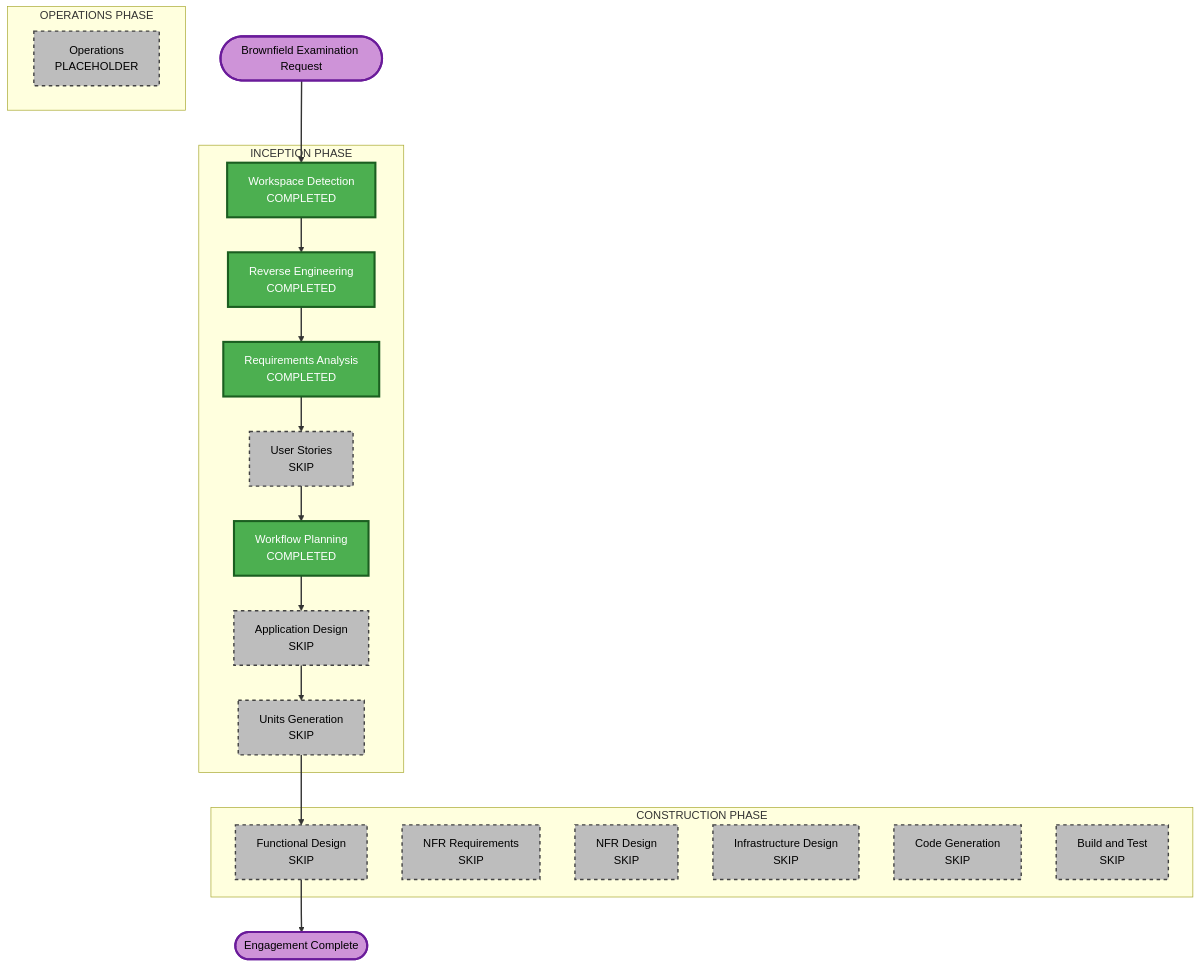
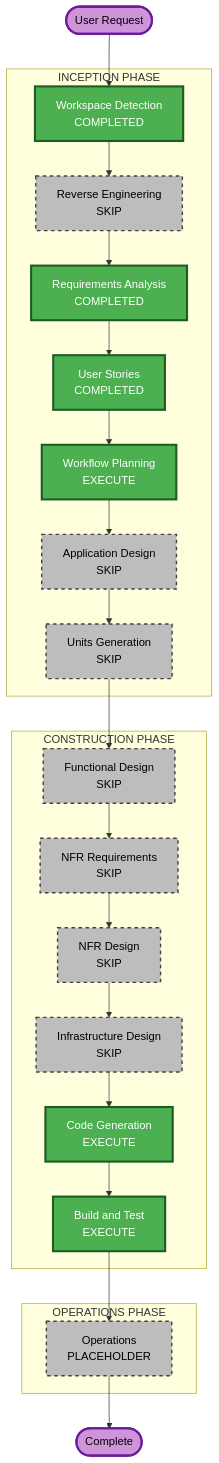
One commit to micahwalter/micahwalter-www changed the diagram in aidlc-docs/inception/plans/execution-plan.md. Above: the diagram before and after it, drawn with Mermaid. The commit also changed other lines of this file and 19 other files, not shown here.

````diff
--- a/aidlc-docs/inception/plans/execution-plan.md
+++ b/aidlc-docs/inception/plans/execution-plan.md
@@ -59,56 +42,60 @@
 ```mermaid
 flowchart TD
-    Start(["Brownfield Examination Request"])
+    Start(["User Request"])
 
     subgraph INCEPTION["INCEPTION PHASE"]
         WD["Workspace Detection<br/>COMPLETED"]
-        RE["Reverse Engineering<br/>COMPLETED"]
+        RE["Reverse Engineering<br/>SKIP"]
         RA["Requirements Analysis<br/>COMPLETED"]
-        US["User Stories<br/>SKIP"]
-        WP["Workflow Planning<br/>COMPLETED"]
+        US["User Stories<br/>COMPLETED"]
+        WP["Workflow Planning<br/>EXECUTE"]
         AD["Application Design<br/>SKIP"]
         UG["Units Generation<br/>SKIP"]
     end
 
     subgraph CONSTRUCTION["CONSTRUCTION PHASE"]
         FD["Functional Design<br/>SKIP"]
         NFRA["NFR Requirements<br/>SKIP"]
         NFRD["NFR Design<br/>SKIP"]
         ID["Infrastructure Design<br/>SKIP"]
-        CG["Code Generation<br/>SKIP"]
-        BT["Build and Test<br/>SKIP"]
+        CG["Code Generation<br/>EXECUTE"]
+        BT["Build and Test<br/>EXECUTE"]
     end
 
     subgraph OPERATIONS["OPERATIONS PHASE"]
         OPS["Operations<br/>PLACEHOLDER"]
     end
 
     Start --> WD
     WD --> RE
     RE --> RA
     RA --> US
     US --> WP
     WP --> AD
     AD --> UG
     UG --> FD
-    FD --> End(["Engagement Complete"])
+    FD --> NFRA
+    NFRA --> NFRD
+    NFRD --> ID
+    ID --> CG
+    CG --> BT
+    BT --> OPS
+    OPS --> EndNode(["Complete"])
 
     style WD fill:#4CAF50,stroke:#1B5E20,stroke-width:3px,color:#fff
-    style RE fill:#4CAF50,stroke:#1B5E20,stroke-width:3px,color:#fff
     style RA fill:#4CAF50,stroke:#1B5E20,stroke-width:3px,color:#fff
+    style US fill:#4CAF50,stroke:#1B5E20,stroke-width:3px,color:#fff
     style WP fill:#4CAF50,stroke:#1B5E20,stroke-width:3px,color:#fff
-    style US fill:#BDBDBD,stroke:#424242,stroke-width:2px,stroke-dasharray: 5 5,color:#000
+    style CG fill:#4CAF50,stroke:#1B5E20,stroke-width:3px,color:#fff
+    style BT fill:#4CAF50,stroke:#1B5E20,stroke-width:3px,color:#fff
+    style RE fill:#BDBDBD,stroke:#424242,stroke-width:2px,stroke-dasharray: 5 5,color:#000
     style AD fill:#BDBDBD,stroke:#424242,stroke-width:2px,stroke-dasharray: 5 5,color:#000
     style UG fill:#BDBDBD,stroke:#424242,stroke-width:2px,stroke-dasharray: 5 5,color:#000
     style FD fill:#BDBDBD,stroke:#424242,stroke-width:2px,stroke-dasharray: 5 5,color:#000
     style NFRA fill:#BDBDBD,stroke:#424242,stroke-width:2px,stroke-dasharray: 5 5,color:#000
     style NFRD fill:#BDBDBD,stroke:#424242,stroke-width:2px,stroke-dasharray: 5 5,color:#000
     style ID fill:#BDBDBD,stroke:#424242,stroke-width:2px,stroke-dasharray: 5 5,color:#000
-    style CG fill:#BDBDBD,stroke:#424242,stroke-width:2px,stroke-dasharray: 5 5,color:#000
-    style BT fill:#BDBDBD,stroke:#424242,stroke-width:2px,stroke-dasharray: 5 5,color:#000
     style OPS fill:#BDBDBD,stroke:#424242,stroke-width:2px,stroke-dasharray: 5 5,color:#000
     style Start fill:#CE93D8,stroke:#6A1B9A,stroke-width:3px,color:#000
-    style End fill:#CE93D8,stroke:#6A1B9A,stroke-width:3px,color:#000
-
-    linkStyle default stroke:#333,stroke-width:2px
+    style EndNode fill:#CE93D8,stroke:#6A1B9A,stroke-width:3px,color:#000
 ```
````
